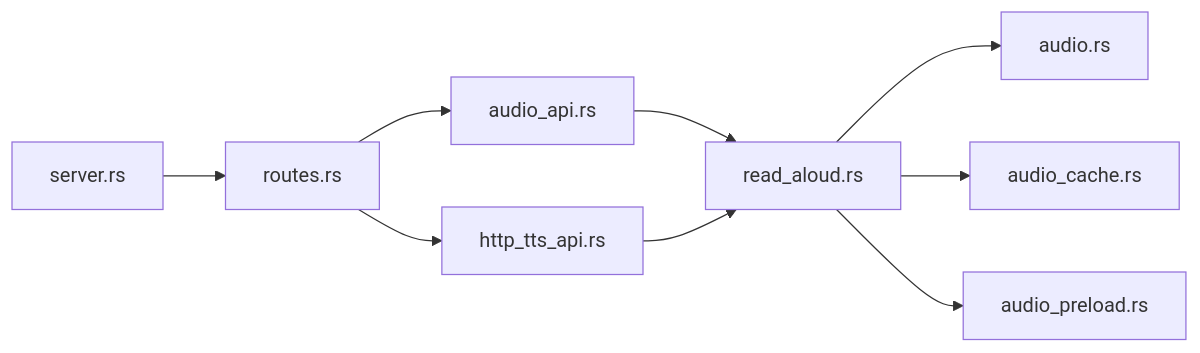
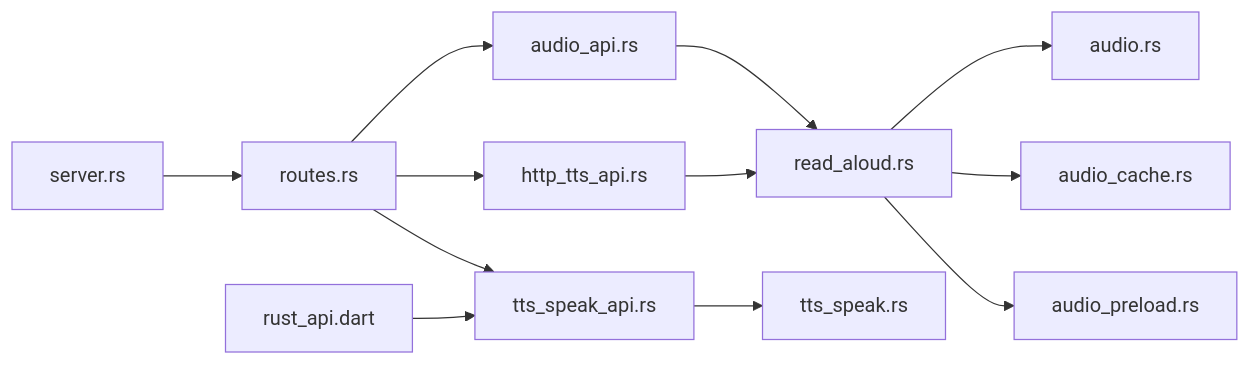
Before and after one commit to ZhangGHGitHub/LegadoTeamFlutter: the seventh of 7 diagrams in .qoder/repowiki/zh/content/API参考/RESTful API接口/音频TTS API.md, drawn with Mermaid. The commit also changed other lines of this file and 173 other files, not shown here.

````diff
--- a/.qoder/repowiki/zh/content/API参考/RESTful API接口/音频TTS API.md
+++ b/.qoder/repowiki/zh/content/API参考/RESTful API接口/音频TTS API.md
@@ -272,11 +364,14 @@
 ```mermaid
 graph LR
 Server["server.rs"] --> Routes["routes.rs"]
 Routes --> AudioFFI["audio_api.rs"]
 Routes --> TTSFFI["http_tts_api.rs"]
+Routes --> TTSApi["tts_speak_api.rs"]
 AudioFFI --> ReadAloud["read_aloud.rs"]
 TTSFFI --> ReadAloud
+TTSApi --> TTSCore["tts_speak.rs"]
 ReadAloud --> Audio["audio.rs"]
 ReadAloud --> Cache["audio_cache.rs"]
 ReadAloud --> Preload["audio_preload.rs"]
+Flutter["rust_api.dart"] --> TTSApi
 ```
````
